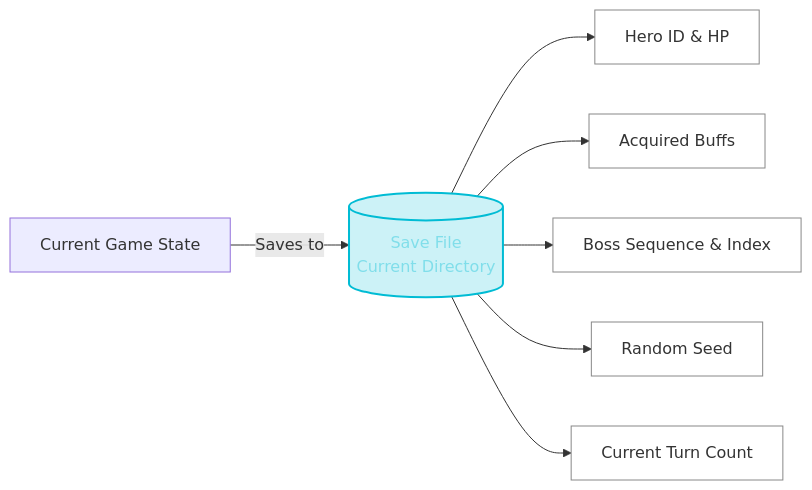
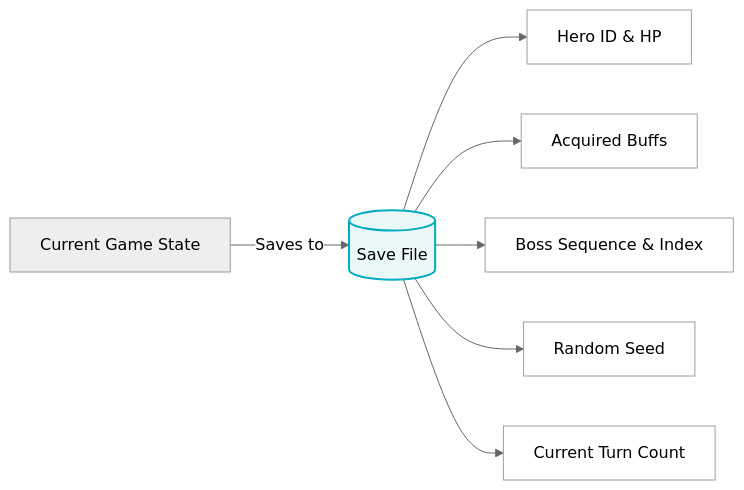
One commit to IcyCrucifix/COMP2113_Group66 changed the second of 2 diagrams in README.md. Above: the diagram before and after it, drawn with Mermaid. The commit also changed other lines of this file, not shown here.

Commit message:
Refactor Mermaid diagrams in README.md
Updated the Mermaid diagrams to improve clarity and consistency in styling.

````diff
--- a/README.md
+++ b/README.md
@@ -226,16 +227,16 @@
 ```mermaid
+%%{init: {'theme': 'neutral'}}%%
 graph LR
-    A[Current Game State] -->|Saves to| B[(Save File<br>Current Directory)]
+    A[Current Game State] -->|Saves to| B[(Save File)]
     B --> C[Hero ID & HP]
     B --> D[Acquired Buffs]
     B --> E[Boss Sequence & Index]
     B --> F[Random Seed]
     B --> G[Current Turn Count]
 
-
-    classDef file fill:#00bcd433,stroke:#00bcd4,stroke-width:2px,color:#80deea;
-    classDef data fill:#ffffff11,stroke:#888888,stroke-width:1px;
+    classDef file fill:#00acc115,stroke:#00acc1,stroke-width:2px,color:inherit;
+    classDef data fill:none,stroke:#9e9e9e,stroke-width:1px,color:inherit;
 
     class B file;
     class C,D,E,F,G data;
 ```
````
